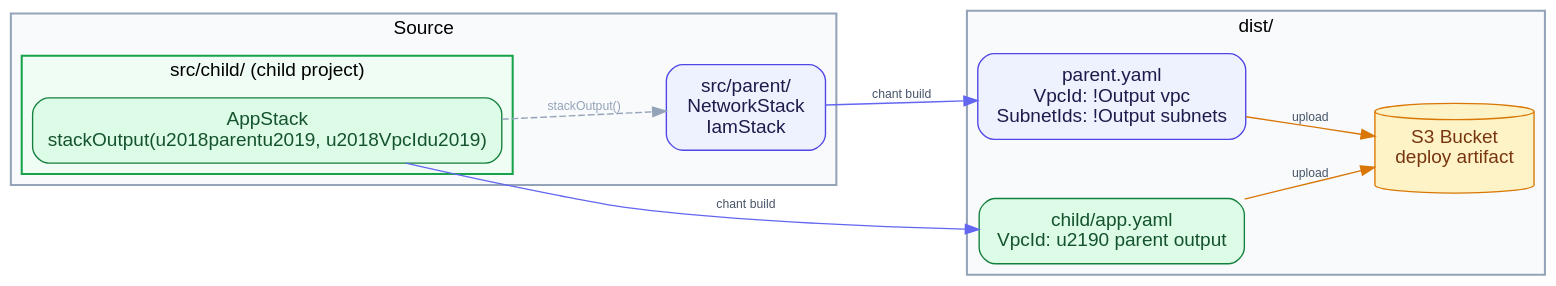
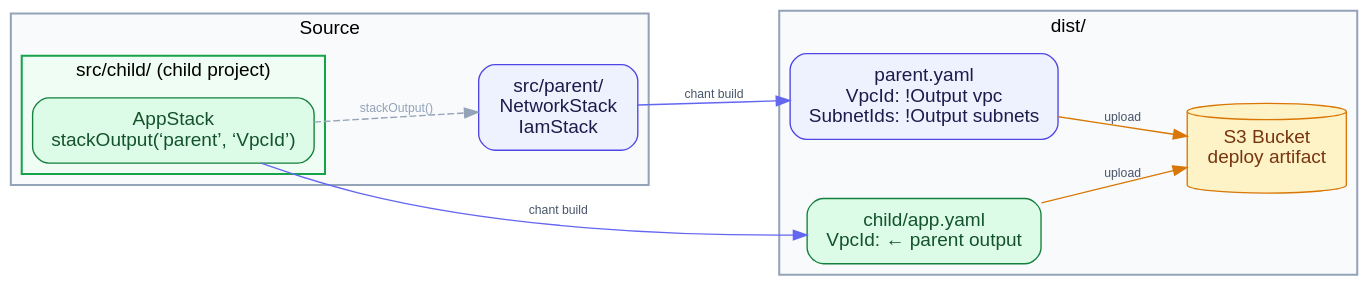
The diagram in lexicons/aws/docs/diagrams/nested-stacks.dot (INTENTIUS/chant), drawn with Graphviz before and after one commit. The commit also changed 17 other files, not shown here.

```diff
--- a/lexicons/aws/docs/diagrams/nested-stacks.dot
+++ b/lexicons/aws/docs/diagrams/nested-stacks.dot
@@ -1,40 +1,40 @@
 digraph nested_stacks {
   rankdir=LR
   graph [fontname="Helvetica,Arial,sans-serif" bgcolor="transparent" pad="0.5" ranksep="0.9" nodesep="0.6"]
   node  [fontname="Helvetica,Arial,sans-serif" shape=box style="filled,rounded" margin="0.22,0.12"]
   edge  [fontname="Helvetica,Arial,sans-serif" fontsize=9 fontcolor="#475569" color="#6366F1"]
 
   subgraph cluster_src {
     label="Source" style=filled fillcolor="#F8FAFC" color="#94A3B8" penwidth=1.5
     fontname="Helvetica,Arial,sans-serif"
 
     parent [label="src/parent/\nNetworkStack\nIamStack"
             fillcolor="#EEF2FF" color="#4F46E5" fontcolor="#1E1B4B"]
 
     subgraph cluster_child {
       label="src/child/ (child project)" style=filled fillcolor="#F0FDF4" color="#16A34A" penwidth=1.5
       fontname="Helvetica,Arial,sans-serif"
-      child [label="AppStack\nstackOutput(\u2018parent\u2019, \u2018VpcId\u2019)"
+      child [label="AppStack\nstackOutput(‘parent’, ‘VpcId’)"
              fillcolor="#DCFCE7" color="#15803D" fontcolor="#14532D"]
     }
   }
 
   subgraph cluster_dist {
     label="dist/" style=filled fillcolor="#F8FAFC" color="#94A3B8" penwidth=1.5
     fontname="Helvetica,Arial,sans-serif"
 
     pout [label="parent.yaml\nVpcId: !Output vpc\nSubnetIds: !Output subnets"
           fillcolor="#EEF2FF" color="#4F46E5" fontcolor="#1E1B4B"]
-    cout [label="child/app.yaml\nVpcId: \u2190 parent output"
+    cout [label="child/app.yaml\nVpcId: ← parent output"
           fillcolor="#DCFCE7" color="#15803D" fontcolor="#14532D"]
 
     s3   [label="S3 Bucket\ndeploy artifact"
           shape=cylinder fillcolor="#FEF3C7" color="#D97706" fontcolor="#78350F"]
   }
 
   parent -> pout [label="chant build"]
   child  -> cout [label="chant build"]
   child  -> parent [label="stackOutput()" style=dashed color="#94A3B8" fontcolor="#94A3B8"]
   cout   -> s3   [label="upload" color="#D97706"]
   pout   -> s3   [label="upload" color="#D97706"]
 }
```
